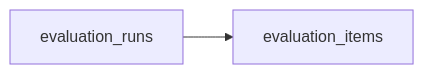
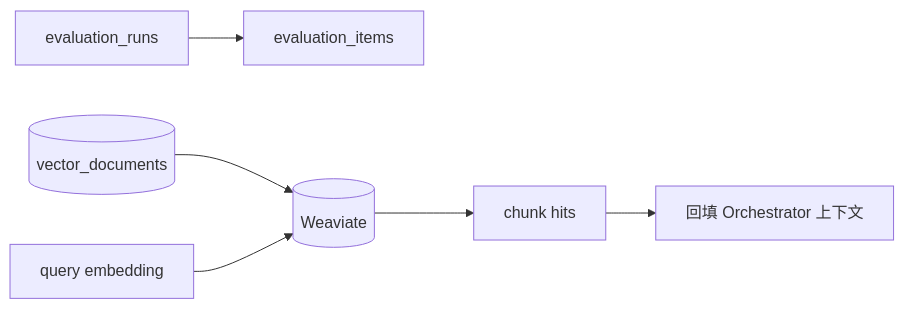
One commit to ylsdamxssjxxdd/wunder changed the fourth of 5 diagrams in docs/数据库设计.md. Above: the diagram before and after it, drawn with Mermaid. The commit also changed other lines of this file and 20 other files, not shown here.

````diff
--- a/docs/数据库设计.md
+++ b/docs/数据库设计.md
@@ -89,4 +381,8 @@
 ```mermaid
 flowchart LR
   RUN[evaluation_runs] --> ITEM[evaluation_items]
+  META[(vector_documents)] --> VDB[(Weaviate)]
+  QUERY[query embedding] --> VDB
+  VDB --> HITS[chunk hits]
+  HITS --> CTX[回填 Orchestrator 上下文]
 ```
````
